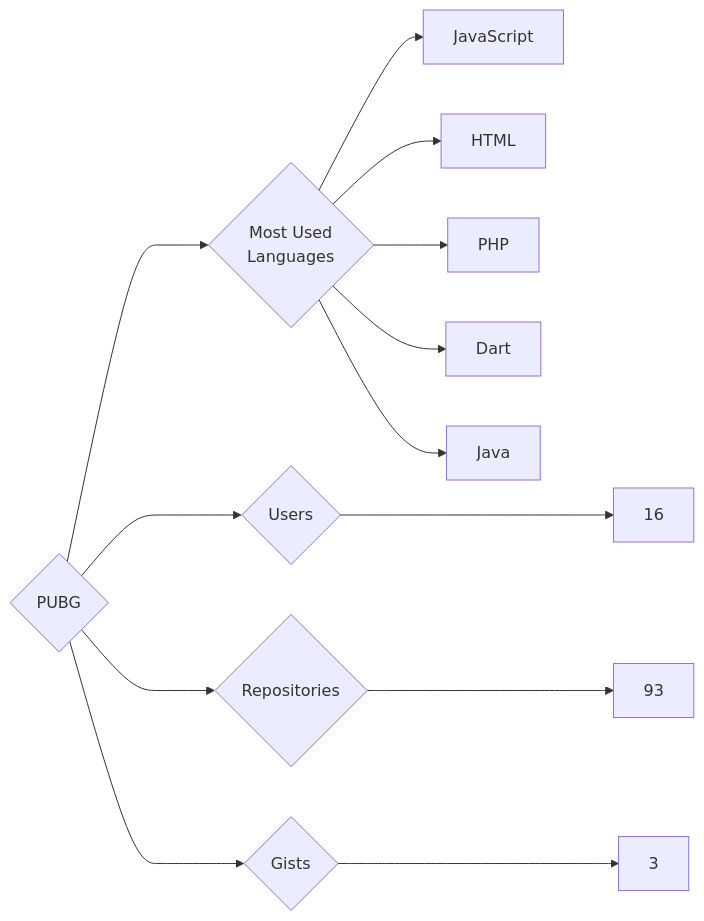
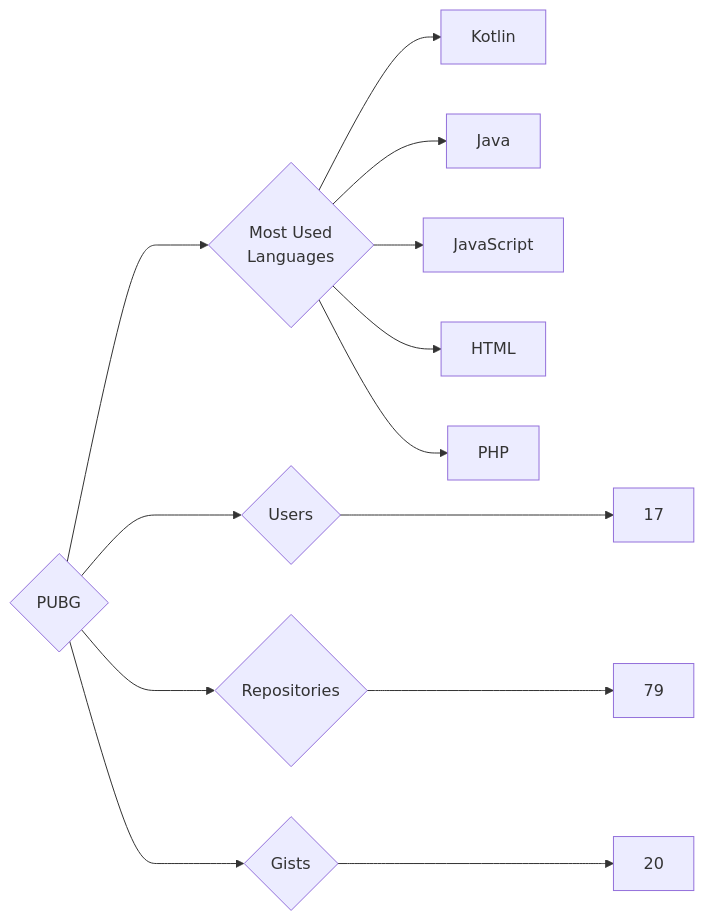
Before and after one commit to trickest/insiders: the diagram in targets/PUBG/README.md, drawn with Mermaid. The commit also changed 928 other files, not shown here.

````diff
--- a/targets/PUBG/README.md
+++ b/targets/PUBG/README.md
@@ -3,13 +3,13 @@
 ```mermaid
 graph LR
 COMPANY_NAME{PUBG}
-COMPANY_NAME ---> U{Users} ---> UN[16]
-COMPANY_NAME ---> R{Repositories} ---> RN[93]
-COMPANY_NAME ---> G{Gists} ---> GN[3]
+COMPANY_NAME ---> U{Users} ---> UN[17]
+COMPANY_NAME ---> R{Repositories} ---> RN[79]
+COMPANY_NAME ---> G{Gists} ---> GN[20]
 COMPANY_NAME ---> ML{Most Used<br>Languages}
+ML --> Kotlin[Kotlin]
+ML --> Java[Java]
 ML --> JavaScript[JavaScript]
 ML --> HTML[HTML]
 ML --> PHP[PHP]
-ML --> Dart[Dart]
-ML --> Java[Java]
 ```
````
